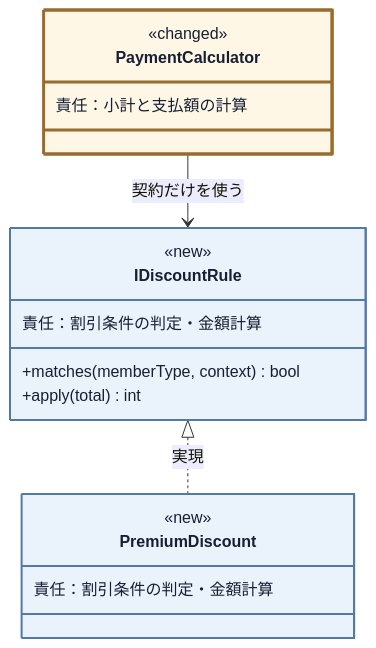
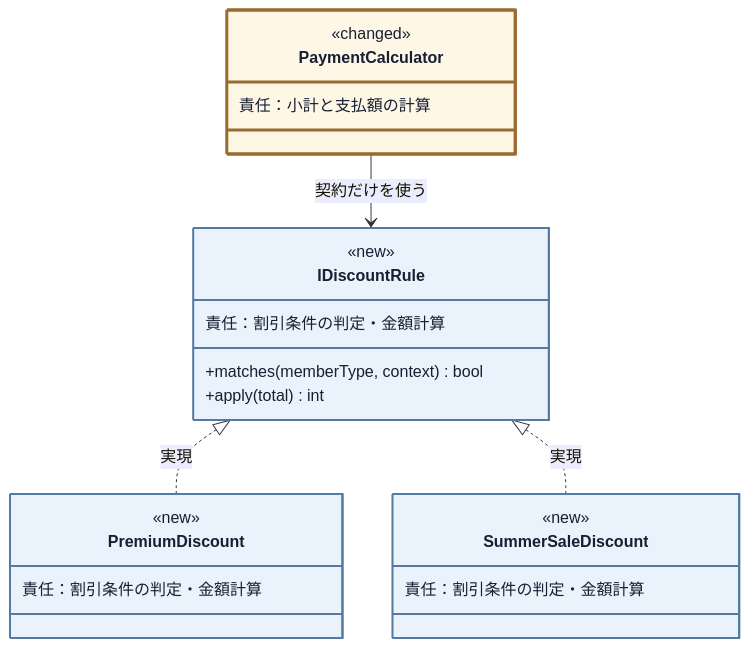
One commit to kumachan1101-pixel/DesignPattern changed diagram 11 of 19 in kindle/design-patterns/books/volume01-core-patterns/output/03-chapter01.md. Above: the diagram before and after it, drawn with Mermaid. The commit also changed other lines of this file and 19 other files, not shown here.

````diff
--- a/kindle/design-patterns/books/volume01-core-patterns/output/03-chapter01.md
+++ b/kindle/design-patterns/books/volume01-core-patterns/output/03-chapter01.md
@@ -1452,24 +1443,29 @@
 ```mermaid
 classDiagram
     direction TB
     class PaymentCalculator:::touched {
         <<changed>>
         責任：小計と支払額の計算
     }
     class IDiscountRule:::added {
         <<new>>
         <<interface>>
         責任：割引条件の判定・金額計算
         +matches(memberType, context) bool
         +apply(total) int
     }
     class PremiumDiscount:::added {
         <<new>>
         責任：割引条件の判定・金額計算
     }
+    class SummerSaleDiscount:::added {
+        <<new>>
+        責任：割引条件の判定・金額計算
+    }
     PaymentCalculator --> IDiscountRule : 契約だけを使う
     IDiscountRule <|.. PremiumDiscount : 実現
+    IDiscountRule <|.. SummerSaleDiscount : 実現
 
     classDef added fill:#eaf2fb,stroke:#527aa3,stroke-width:2px,color:#172033;
     classDef touched fill:#fff7e6,stroke:#9a6b2f,stroke-width:3px,color:#172033;
 ```
````
